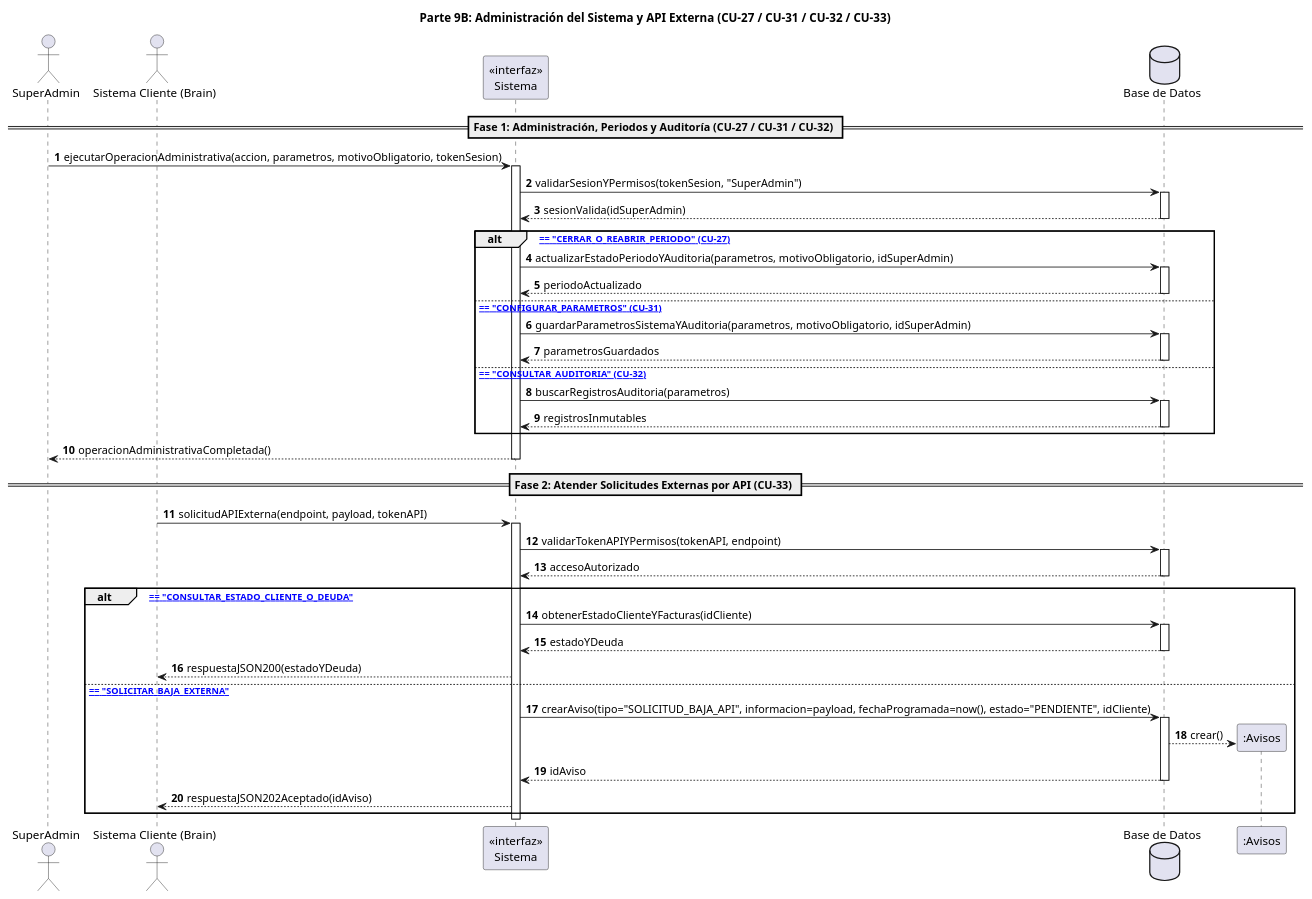
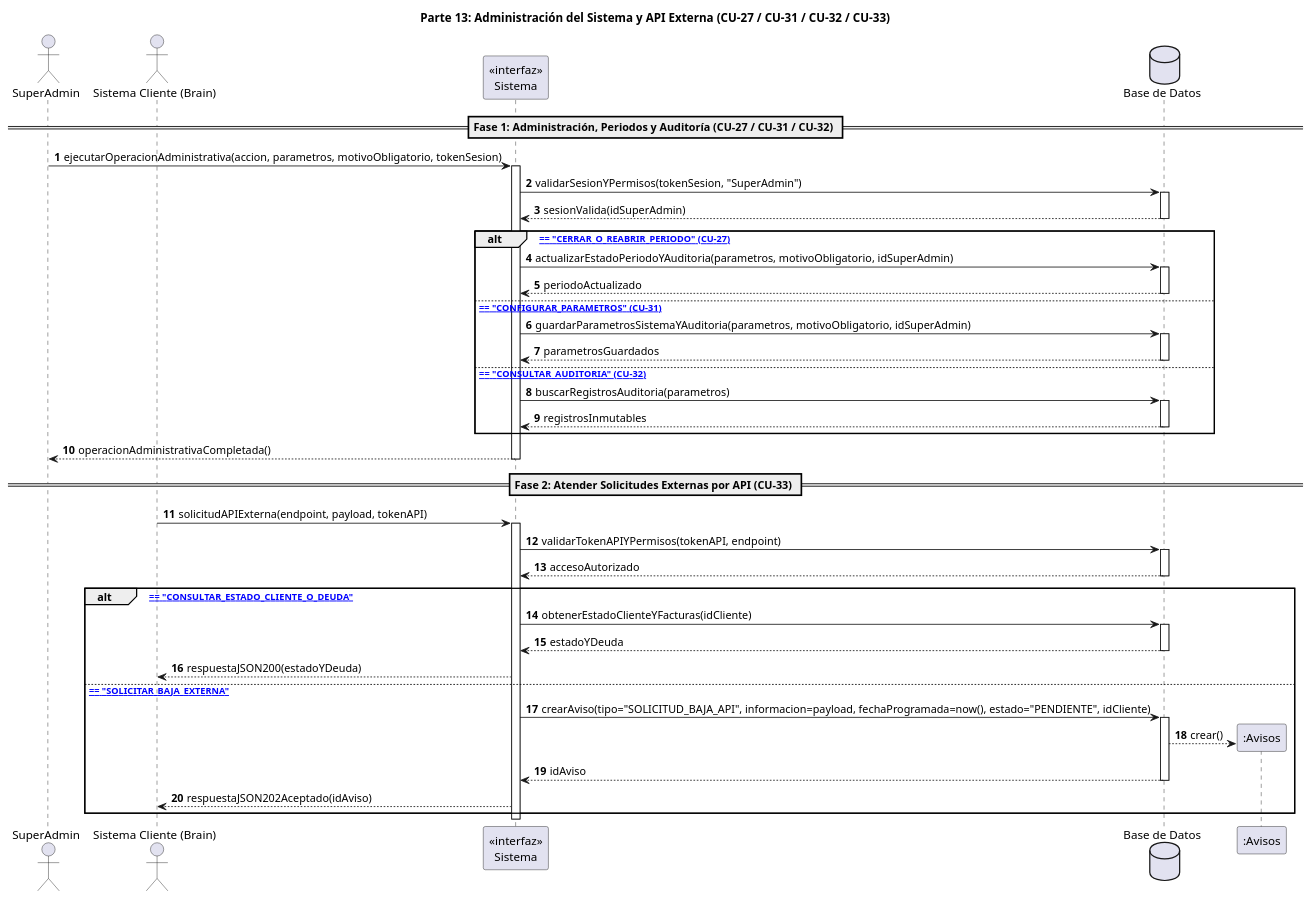
Diagram 13 of 13 in Parcial 2/DiagramaSecuenciaUML/diagramas_de_secuencia_Codigo.md (Ragavez/TurbineHuclides), drawn with PlantUML before and after one commit. The commit also changed other lines of this file, not shown here.

Commit message:
Corrección código parte 6

````diff
--- a/Parcial 2/DiagramaSecuenciaUML/diagramas_de_secuencia_Codigo.md
+++ b/Parcial 2/DiagramaSecuenciaUML/diagramas_de_secuencia_Codigo.md
@@ -979,66 +979,66 @@
 ```plantuml
 @startuml
 autonumber
-title Parte 9B: Administración del Sistema y API Externa (CU-27 / CU-31 / CU-32 / CU-33)
+title Parte 13: Administración del Sistema y API Externa (CU-27 / CU-31 / CU-32 / CU-33)
 
 actor "SuperAdmin" as SuperAdmin
 actor "Sistema Cliente (Brain)" as Brain
 participant "«interfaz»\nSistema" as Sistema
 database "Base de Datos" as BD
 
 == Fase 1: Administración, Periodos y Auditoría (CU-27 / CU-31 / CU-32) ==
 
 SuperAdmin -> Sistema : ejecutarOperacionAdministrativa(accion, parametros, motivoObligatorio, tokenSesion)
 activate Sistema
 Sistema -> BD : validarSesionYPermisos(tokenSesion, "SuperAdmin")
 activate BD
 BD --> Sistema : sesionValida(idSuperAdmin)
 deactivate BD
 
 alt [accion == "CERRAR_O_REABRIR_PERIODO" (CU-27)]
     Sistema -> BD : actualizarEstadoPeriodoYAuditoria(parametros, motivoObligatorio, idSuperAdmin)
     activate BD
     BD --> Sistema : periodoActualizado
     deactivate BD
 else [accion == "CONFIGURAR_PARAMETROS" (CU-31)]
     Sistema -> BD : guardarParametrosSistemaYAuditoria(parametros, motivoObligatorio, idSuperAdmin)
     activate BD
     BD --> Sistema : parametrosGuardados
     deactivate BD
 else [accion == "CONSULTAR_AUDITORIA" (CU-32)]
     Sistema -> BD : buscarRegistrosAuditoria(parametros)
     activate BD
     BD --> Sistema : registrosInmutables
     deactivate BD
 end
 
 Sistema --> SuperAdmin : operacionAdministrativaCompletada()
 deactivate Sistema
 
 == Fase 2: Atender Solicitudes Externas por API (CU-33) ==
 
 Brain -> Sistema : solicitudAPIExterna(endpoint, payload, tokenAPI)
 activate Sistema
 Sistema -> BD : validarTokenAPIYPermisos(tokenAPI, endpoint)
 activate BD
 BD --> Sistema : accesoAutorizado
 deactivate BD
 
 alt [endpoint == "CONSULTAR_ESTADO_CLIENTE_O_DEUDA"]
     Sistema -> BD : obtenerEstadoClienteYFacturas(idCliente)
     activate BD
     BD --> Sistema : estadoYDeuda
     deactivate BD
     Sistema --> Brain : respuestaJSON200(estadoYDeuda)
 else [endpoint == "SOLICITAR_BAJA_EXTERNA"]
     Sistema -> BD : crearAviso(tipo="SOLICITUD_BAJA_API", informacion=payload, fechaProgramada=now(), estado="PENDIENTE", idCliente)
     activate BD
     create participant ":Avisos" as AvisoAPI
     BD --> AvisoAPI : crear()
     BD --> Sistema : idAviso
     deactivate BD
     Sistema --> Brain : respuestaJSON202Aceptado(idAviso)
 end
 deactivate Sistema
 @enduml
 ```
````
